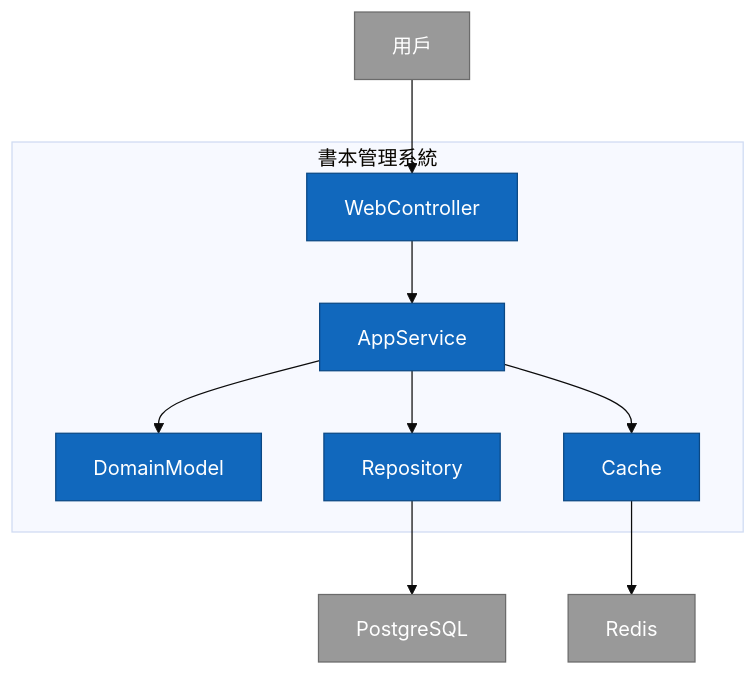
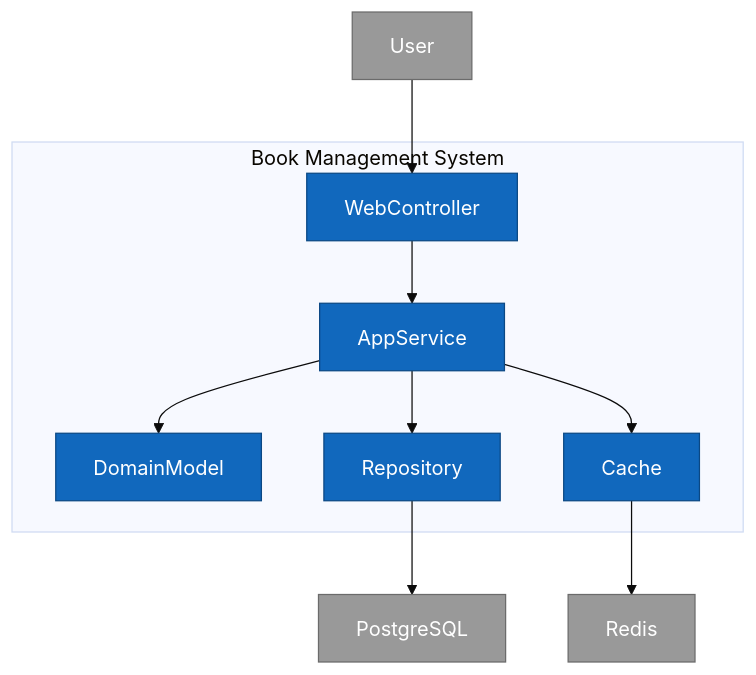
The first of 4 diagrams in README.md (samzhu/demo-springboot-250613), drawn with Mermaid (base theme) before and after one commit. The commit also changed other lines of this file and 1 other file, not shown here.

````diff
--- a/README.md
+++ b/README.md
@@ -114,24 +114,24 @@
 ```mermaid
 graph TB
-    subgraph "書本管理系統"
+    subgraph "Book Management System"
         WebController
         AppService
         DomainModel
         Repository
         Cache
     end
 
-    User["用戶"] --> WebController
+    User["User"] --> WebController
     WebController --> AppService
     AppService --> DomainModel
     AppService --> Repository
     AppService --> Cache
     Repository --> PostgreSQL
     Cache --> Redis
 
     classDef container fill:#1168bd,stroke:#0b4884,color:#ffffff
     classDef external fill:#999999,stroke:#6b6b6b,color:#ffffff
 
     class WebController,AppService,DomainModel,Repository,Cache container
     class User,PostgreSQL,Redis external
 ```
````
